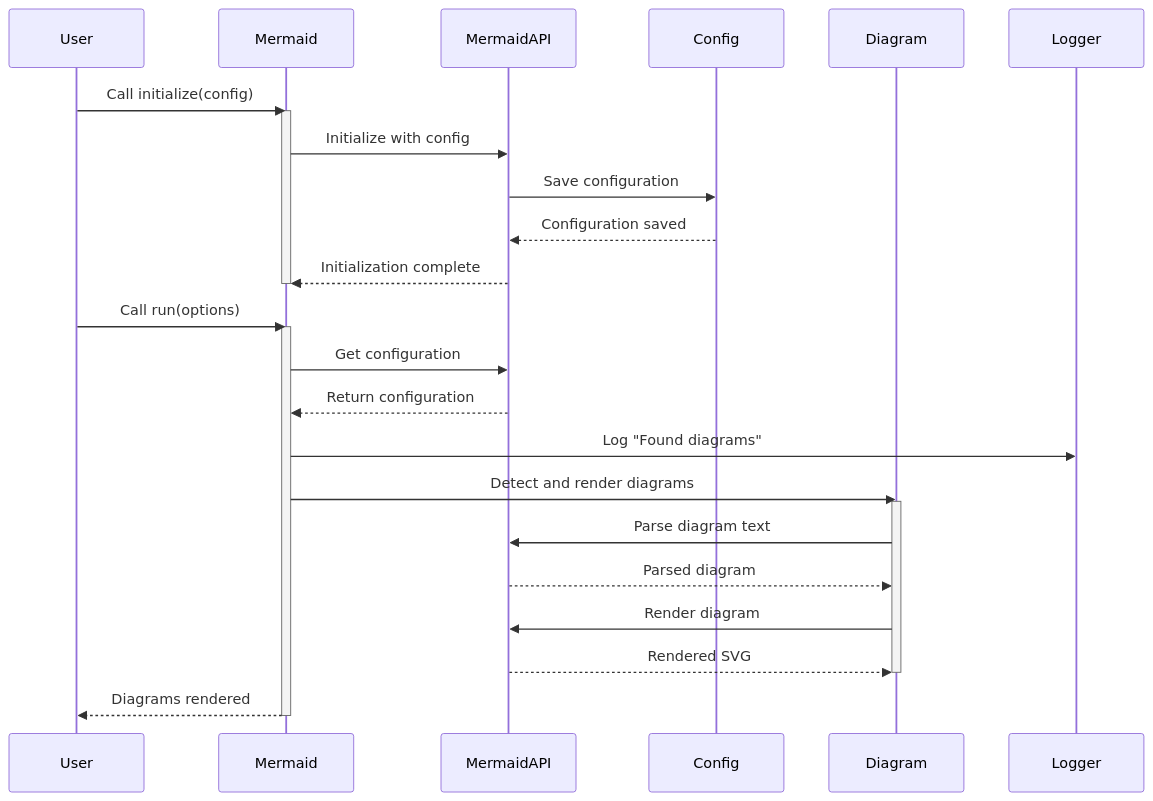
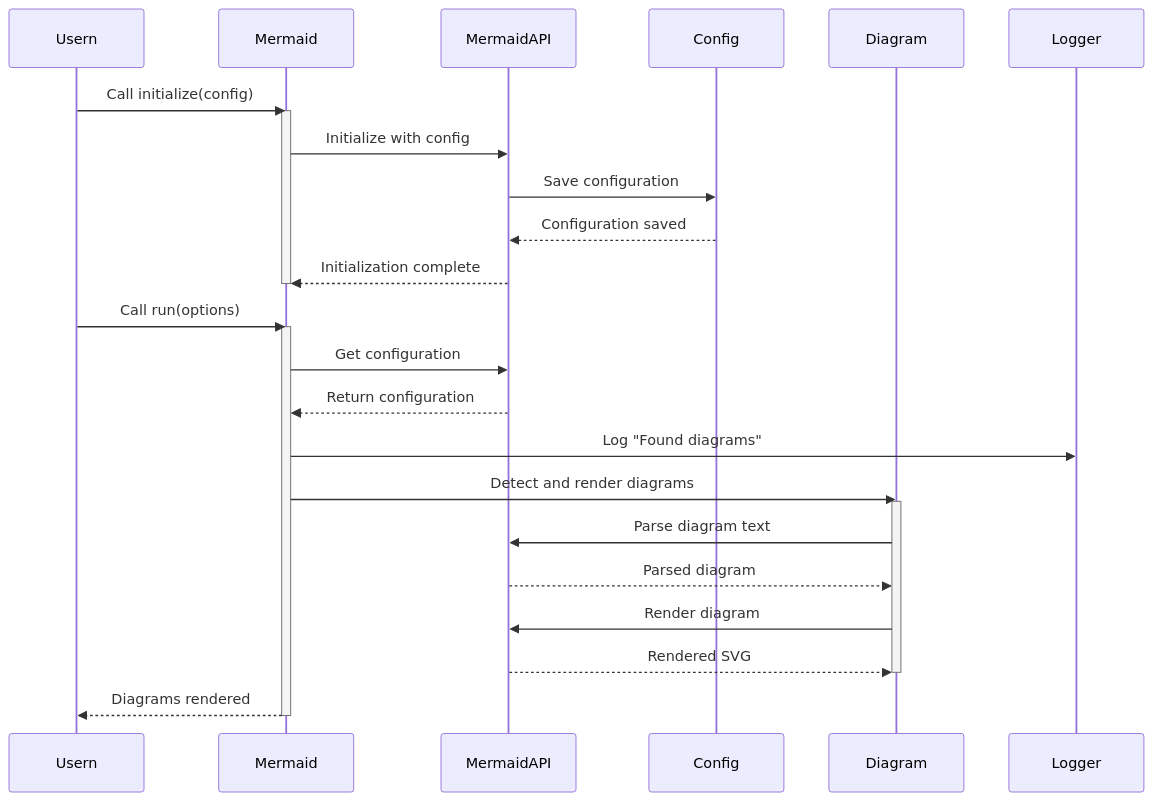
Before and after one commit to Mermaid-Chart/hola: the diagram in docs/mermaid-start.mmd, drawn with Mermaid.

Commit message:
Push for testing github app

```diff
--- a/docs/mermaid-start.mmd
+++ b/docs/mermaid-start.mmd
@@ -1,38 +1,38 @@
 ---
 query: "Please visualize the start of mermaid execution as a sequence diagram
   #file:mermaid.ts #file:mermaidAPI.ts "
 references:
   - "File: /packages/mermaid/src/mermaidAPI.ts"
   - "File: /packages/mermaid/src/mermaid.ts"
 generationTime: 2025-05-05T12:21:18.538Z
 ---
 sequenceDiagram
-    participant User as User
+    participant User as Usern
     participant Mermaid as Mermaid
     participant MermaidAPI as MermaidAPI
     participant Config as Config
     participant Diagram as Diagram
     participant Logger as Logger
 
     User->>Mermaid: Call initialize(config)
     activate Mermaid
     Mermaid->>MermaidAPI: Initialize with config
     MermaidAPI->>Config: Save configuration
     Config-->>MermaidAPI: Configuration saved
     MermaidAPI-->>Mermaid: Initialization complete
     deactivate Mermaid
 
     User->>Mermaid: Call run(options)
     activate Mermaid
     Mermaid->>MermaidAPI: Get configuration
     MermaidAPI-->>Mermaid: Return configuration
     Mermaid->>Logger: Log "Found diagrams"
     Mermaid->>Diagram: Detect and render diagrams
     activate Diagram
     Diagram->>MermaidAPI: Parse diagram text
     MermaidAPI-->>Diagram: Parsed diagram
     Diagram->>MermaidAPI: Render diagram
     MermaidAPI-->>Diagram: Rendered SVG
     deactivate Diagram
     Mermaid-->>User: Diagrams rendered
     deactivate Mermaid
```
